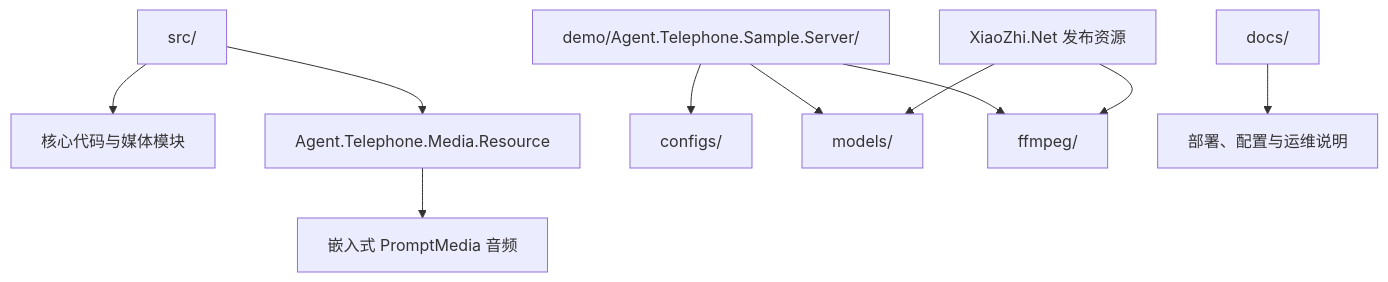
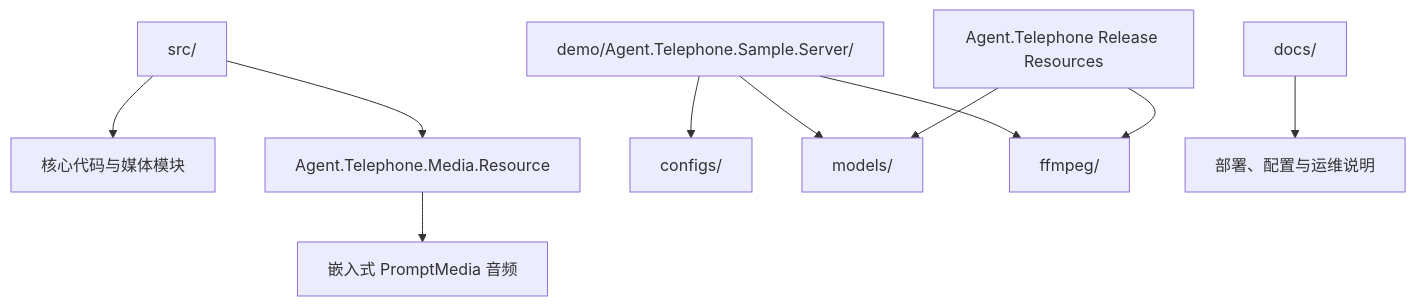
The diagram in docs/09-项目目录、外部资源与内置提示音.md (mm7h/Agent.Telephone), drawn with Mermaid before and after one commit. The commit also changed other lines of this file and 13 other files, not shown here.

````diff
--- a/docs/09-项目目录、外部资源与内置提示音.md
+++ b/docs/09-项目目录、外部资源与内置提示音.md
@@ -5,12 +5,12 @@
 ```mermaid
 flowchart TB
     A[src/] --> B[核心代码与媒体模块]
     A --> C[Agent.Telephone.Media.Resource]
     C --> D[嵌入式 PromptMedia 音频]
     E[demo/Agent.Telephone.Sample.Server/] --> F[configs/]
     E --> G[models/]
     E --> H[ffmpeg/]
-    I[XiaoZhi.Net 发布资源] --> G
+    I[Agent.Telephone Release Resources] --> G
     I --> H
     J[docs/] --> K[部署、配置与运维说明]
 ```
````
